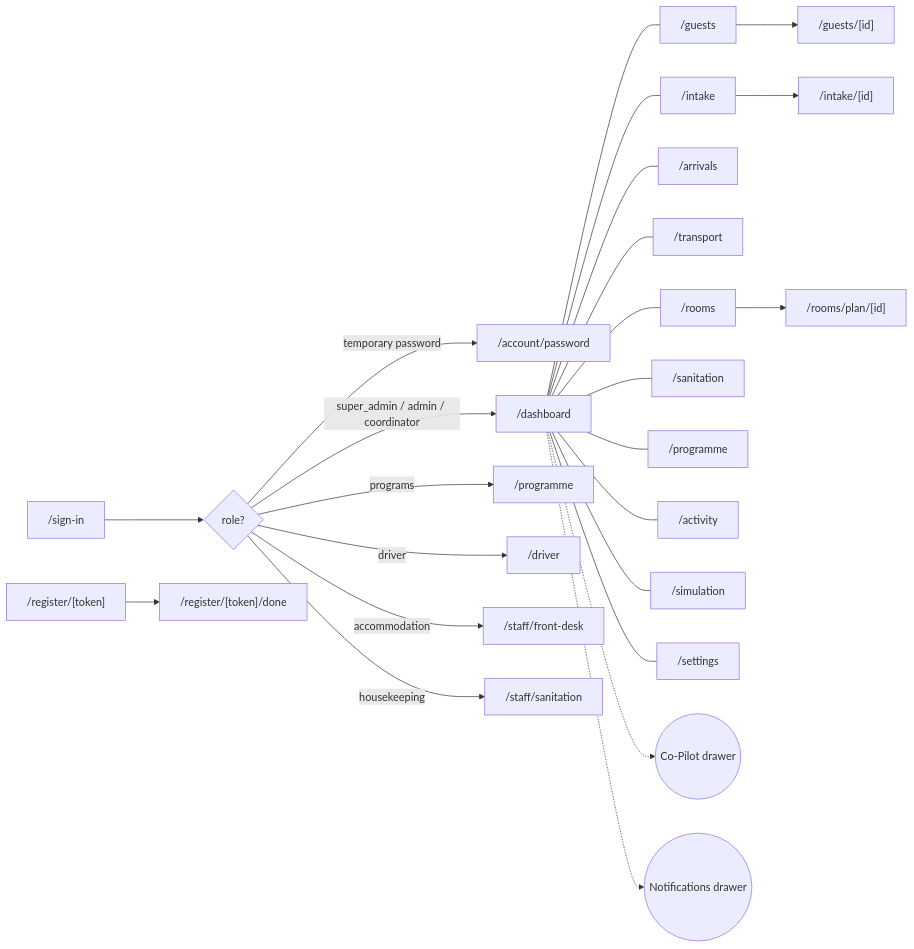
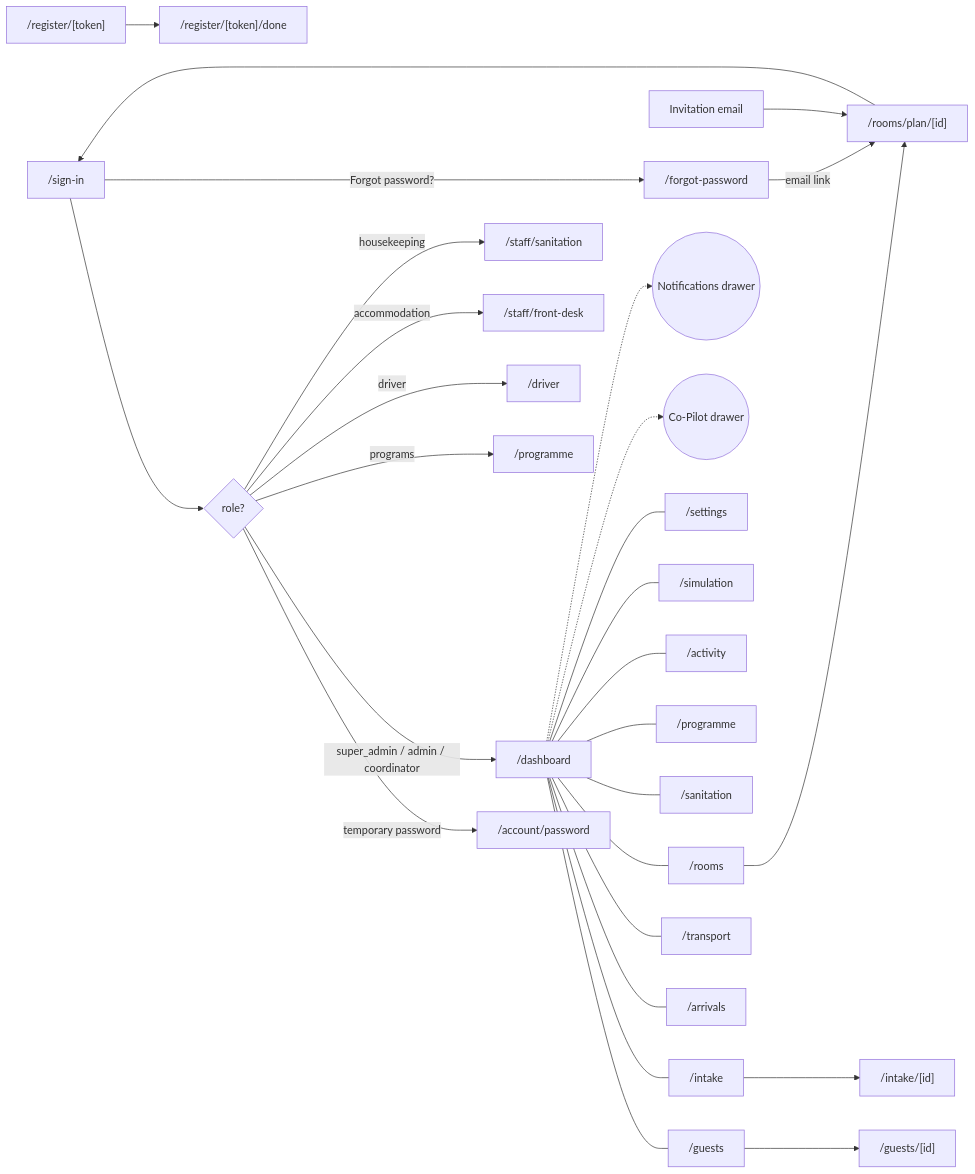
The first of 11 diagrams in docs/03-App-Flow.md (tallZacchaeus/hostmark-vip-gcs), drawn with Mermaid before and after one commit. The commit also changed other lines of this file and 48 other files, not shown here.

````diff
--- a/docs/03-App-Flow.md
+++ b/docs/03-App-Flow.md
@@ -64,25 +66,27 @@
 ```mermaid
 flowchart LR
   L["/sign-in"] --> R{role?}
   R -->|temporary password| PW["/account/password"]
+  L -->|Forgot password?| FP["/forgot-password"] -->|email link| RP["/reset-password"] --> L
+  INV["Invitation email"] --> RP
   R -->|super_admin / admin / coordinator| D["/dashboard"]
   R -->|programs| PG["/programme"]
   R -->|driver| DR["/driver"]
   R -->|accommodation| AC["/staff/front-desk"]
   R -->|housekeeping| CL["/staff/sanitation"]
 
   D --- GU["/guests"] --> GD["/guests/[id]"]
   D --- IN["/intake"] --> IR["/intake/[id]"]
   D --- AR["/arrivals"]
   D --- TR["/transport"]
   D --- RM["/rooms"] --> RP["/rooms/plan/[id]"]
   D --- SA["/sanitation"]
   D --- PGV["/programme"]
   D --- ACT["/activity"]
   D --- SIM["/simulation"]
   D --- SET["/settings"]
   D -.-> CP(("Co-Pilot drawer"))
   D -.-> NO(("Notifications drawer"))
 
   PUB["/register/[token]"] --> DONE["/register/[token]/done"]
 ```
````
